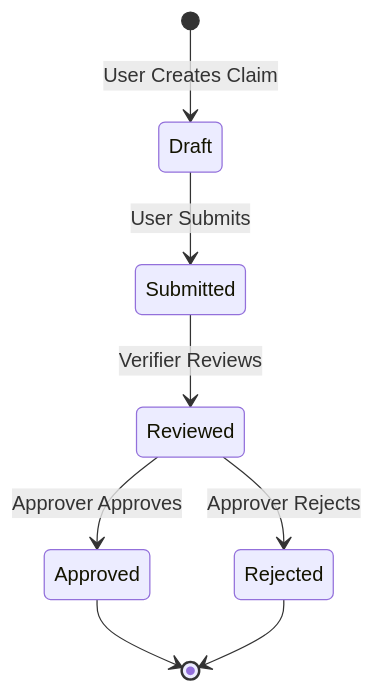
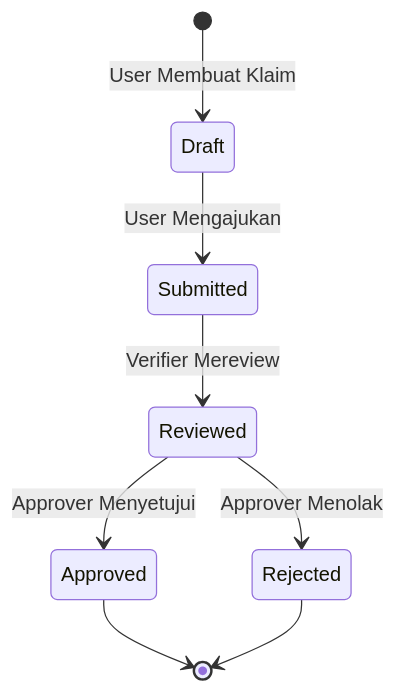
One commit to Nk121212/claim-insurance-approval changed the first of 2 diagrams in README.md. Above: the diagram before and after it, drawn with Mermaid. The commit also changed other lines of this file and 9 other files, not shown here.

Commit message:
feat(frontend):test app flow safe

````diff
--- a/README.md
+++ b/README.md
@@ -23,13 +23,13 @@
 ```mermaid
 stateDiagram-v2
-    [*] --> Draft: User Creates Claim
-    Draft --> Submitted: User Submits
+    [*] --> Draft: User Membuat Klaim
+    Draft --> Submitted: User Mengajukan
     
-    Submitted --> Reviewed: Verifier Reviews
+    Submitted --> Reviewed: Verifier Mereview
     
-    Reviewed --> Approved: Approver Approves
-    Reviewed --> Rejected: Approver Rejects
+    Reviewed --> Approved: Approver Menyetujui
+    Reviewed --> Rejected: Approver Menolak
     
     Approved --> [*]
     Rejected --> [*]
 ```
````
